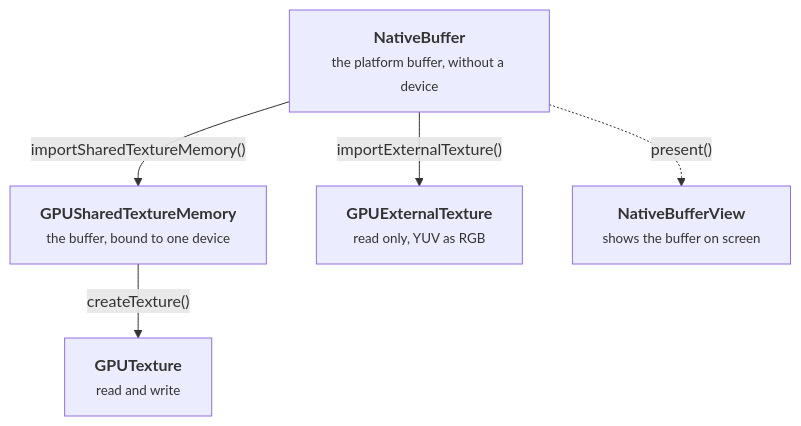
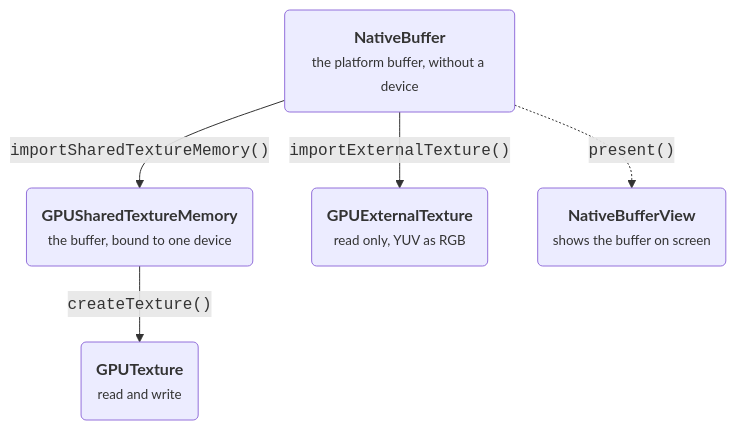
One commit to wcandillon/react-native-webgpu changed the diagram in apps/docs/content/docs/getting-started/native-buffers.mdx. Above: the diagram before and after it, drawn with Mermaid.

Commit message:
docs(🖼️): rounded nodes and monospace calls in the native buffer flow

````diff
--- a/apps/docs/content/docs/getting-started/native-buffers.mdx
+++ b/apps/docs/content/docs/getting-started/native-buffers.mdx
@@ -18,13 +18,13 @@
 ```mermaid
 flowchart TD
-  buffer["<b>NativeBuffer</b><br/><small>the platform buffer, without a device</small>"]
-  memory["<b>GPUSharedTextureMemory</b><br/><small>the buffer, bound to one device</small>"]
-  texture["<b>GPUTexture</b><br/><small>read and write</small>"]
-  external["<b>GPUExternalTexture</b><br/><small>read only, YUV as RGB</small>"]
-  view["<b>NativeBufferView</b><br/><small>shows the buffer on screen</small>"]
+  buffer("<b>NativeBuffer</b><br/><small>the platform buffer, without a device</small>")
+  memory("<b>GPUSharedTextureMemory</b><br/><small>the buffer, bound to one device</small>")
+  texture("<b>GPUTexture</b><br/><small>read and write</small>")
+  external("<b>GPUExternalTexture</b><br/><small>read only, YUV as RGB</small>")
+  view("<b>NativeBufferView</b><br/><small>shows the buffer on screen</small>")
 
-  buffer -- "importSharedTextureMemory()" --> memory
-  memory -- "createTexture()" --> texture
-  buffer -- "importExternalTexture()" --> external
-  buffer -. "present()" .-> view
+  buffer -- "<code>importSharedTextureMemory()</code>" --> memory
+  memory -- "<code>createTexture()</code>" --> texture
+  buffer -- "<code>importExternalTexture()</code>" --> external
+  buffer -. "<code>present()</code>" .-> view
 ```
````
